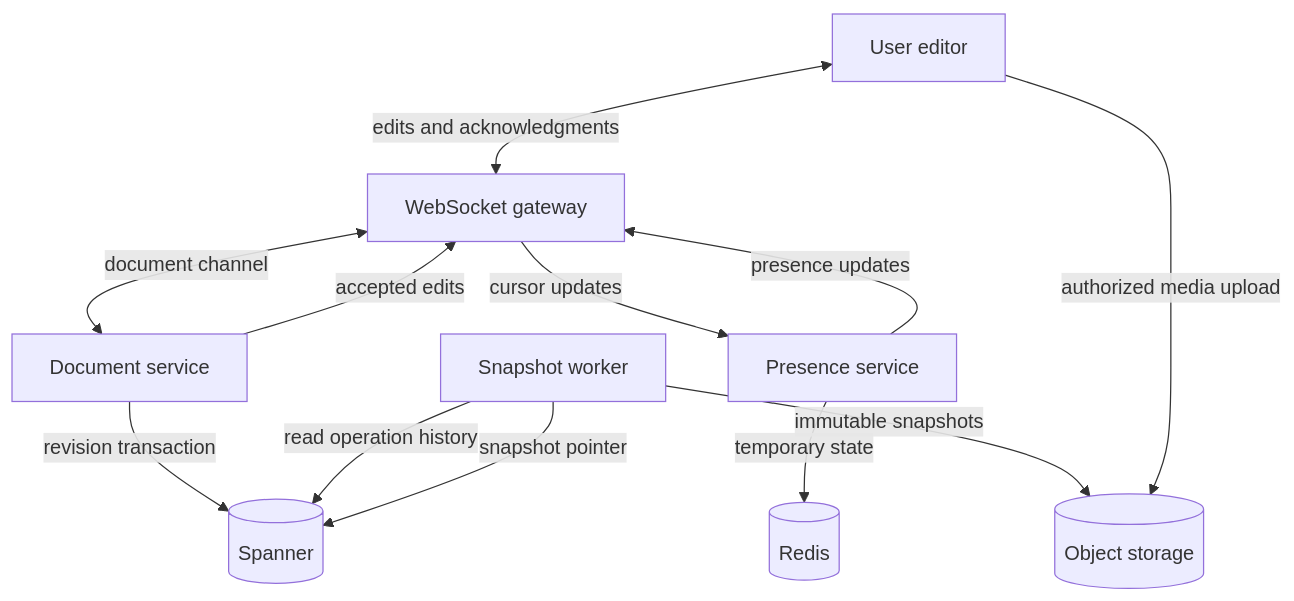
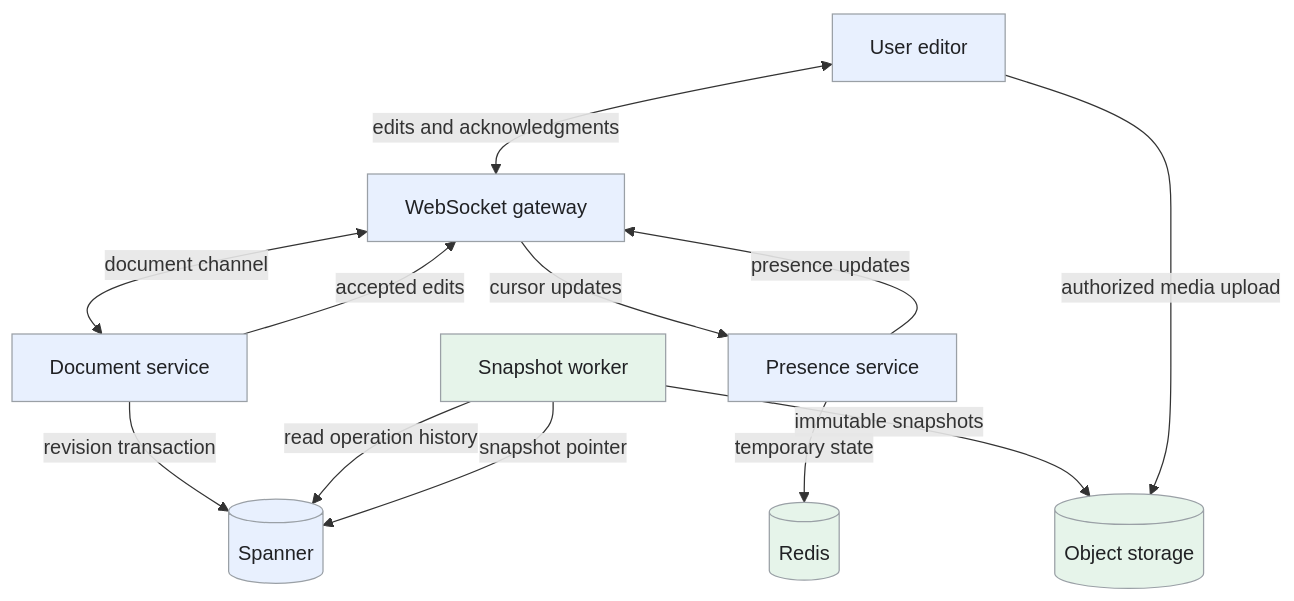
One commit to iliazlobin/iliazlobin.github.io changed the first of 4 diagrams in _designs/system-design-google-docs.md. Above: the diagram before and after it, drawn with Mermaid. The commit also changed other lines of this file and 20 other files, not shown here.

Commit message:
Improve design flows, tradeoffs, and technology references

````diff
--- a/_designs/system-design-google-docs.md
+++ b/_designs/system-design-google-docs.md
@@ -136,14 +136,19 @@
 ```mermaid
 flowchart TB
   U[User editor] <-->|edits and acknowledgments| G[WebSocket gateway]
   G <-->|document channel| E[Document service]
   G -->|cursor updates| P[Presence service]
   E -->|revision transaction| D[(Spanner)]
   E -->|accepted edits| G
   S[Snapshot worker] -->|read operation history| D
   S -->|immutable snapshots| O[(Object storage)]
   S -->|snapshot pointer| D
   U -->|authorized media upload| O
   P -->|temporary state| R[(Redis)]
   P -->|presence updates| G
+  classDef request fill:#e8f0fe,stroke:#9aa0a6,color:#202124,stroke-width:1px
+  classDef background fill:#e6f4ea,stroke:#9aa0a6,color:#202124,stroke-width:1px
+  classDef control fill:#fef7e0,stroke:#9aa0a6,color:#202124,stroke-width:1px
+  class U,G,E,P,D request
+  class S,O,R background
 ```
````
